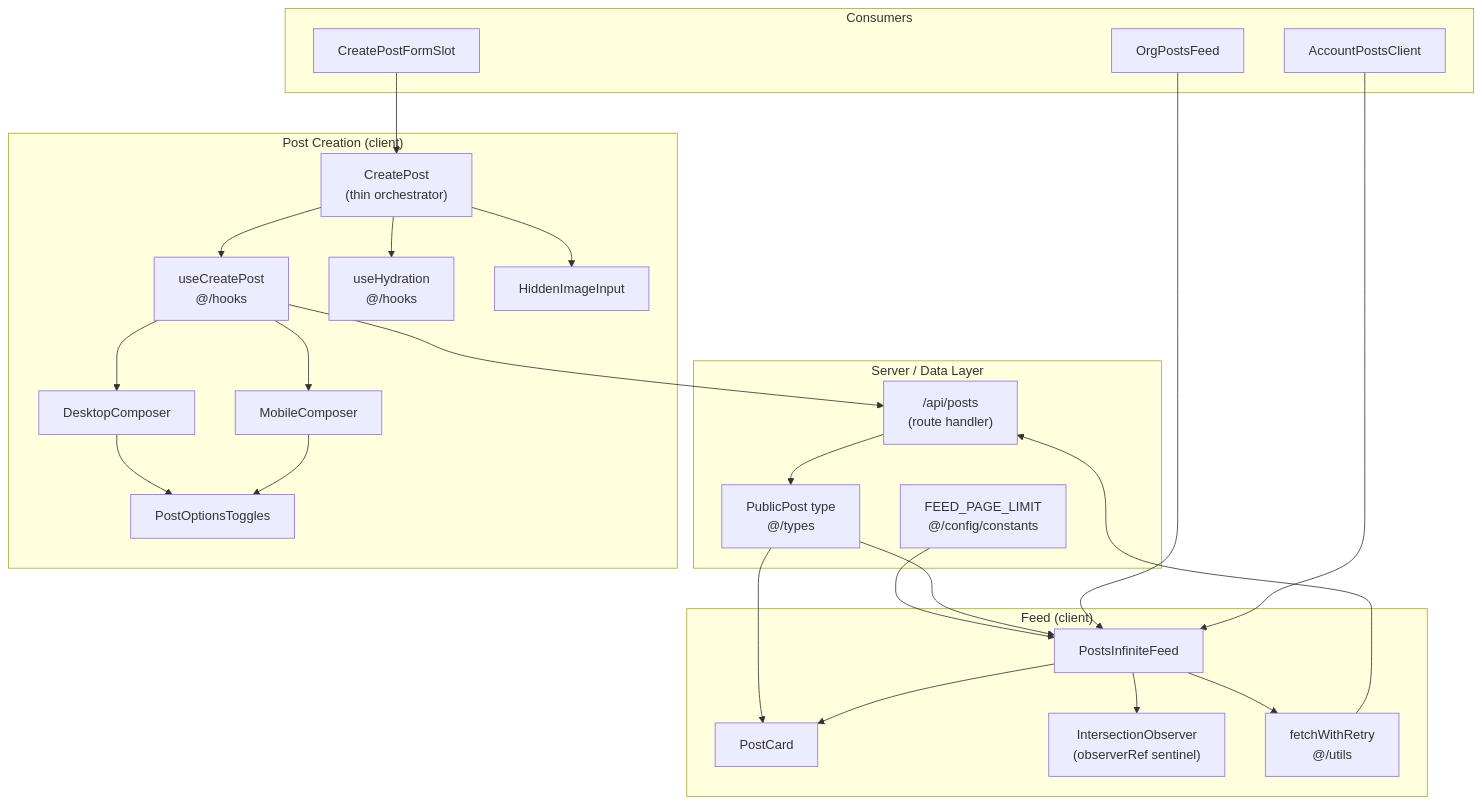
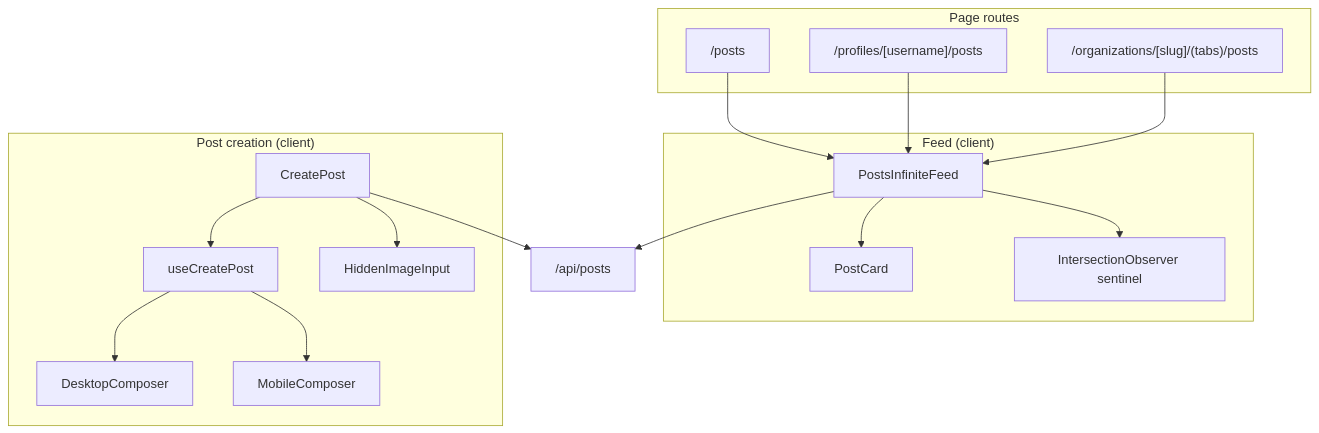
One commit to jackcasstlesjones/ozeaon-wiki changed the first of 2 diagrams in src/content/docs/features/posts.md. Above: the diagram before and after it, drawn with Mermaid. The commit also changed other lines of this file and 6 other files, not shown here.

Commit message:
docs: trim api routes, server actions, posts, post images and media pages and the organizations components page

````diff
--- a/src/content/docs/features/posts.md
+++ b/src/content/docs/features/posts.md
@@ -45,54 +30,36 @@
 ```mermaid
 flowchart TD
-    subgraph sg_Server["Server / Data Layer"]
-        API["/api/posts<br/>(route handler)"]
-        Types["PublicPost type<br/>@/types"]
-        Constants["FEED_PAGE_LIMIT<br/>@/config/constants"]
+    subgraph Pages["Page routes"]
+        PostsPage["/posts"]
+        ProfilePosts["/profiles/[username]/posts"]
+        OrgPosts["/organizations/[slug]/(tabs)/posts"]
     end
 
-    subgraph sg_Feed["Feed (client)"]
-        Feed["PostsInfiniteFeed"]
+    subgraph Feed["Feed (client)"]
+        FeedComp["PostsInfiniteFeed"]
         Card["PostCard"]
-        Observer["IntersectionObserver<br/>(observerRef sentinel)"]
-        Retry["fetchWithRetry<br/>@/utils"]
+        Observer["IntersectionObserver sentinel"]
     end
 
-    subgraph sg_Composer["Post Creation (client)"]
-        CreatePost["CreatePost<br/>(thin orchestrator)"]
-        Hook["useCreatePost<br/>@/hooks"]
-        Hydration["useHydration<br/>@/hooks"]
+    subgraph Composer["Post creation (client)"]
+        CreatePost["CreatePost"]
+        Hook["useCreatePost"]
         Desktop["DesktopComposer"]
         Mobile["MobileComposer"]
         Hidden["HiddenImageInput"]
-        Toggles["PostOptionsToggles"]
     end
 
-    subgraph sg_Consumers["Consumers"]
-        Home["CreatePostFormSlot"]
-        OrgFeed["OrgPostsFeed"]
-        Account["AccountPostsClient"]
-    end
+    PostsAPI["/api/posts"]
 
-    Constants --> Feed
-    Types --> Feed
-    Types --> Card
-
-    Feed --> Retry
-    Retry --> API
-    Feed --> Card
-    Feed --> Observer
-
-    Home --> CreatePost
-    CreatePost --> Hydration
+    PostsPage --> FeedComp
+    ProfilePosts --> FeedComp
+    OrgPosts --> FeedComp
+    FeedComp --> Observer
+    FeedComp --> Card
+    FeedComp --> PostsAPI
     CreatePost --> Hook
     Hook --> Desktop
     Hook --> Mobile
-    Desktop --> Toggles
-    Mobile --> Toggles
     CreatePost --> Hidden
-    Hook --> API
-
-    OrgFeed --> Feed
-    Account --> Feed
-    API --> Types
+    CreatePost --> PostsAPI
 ```
````
